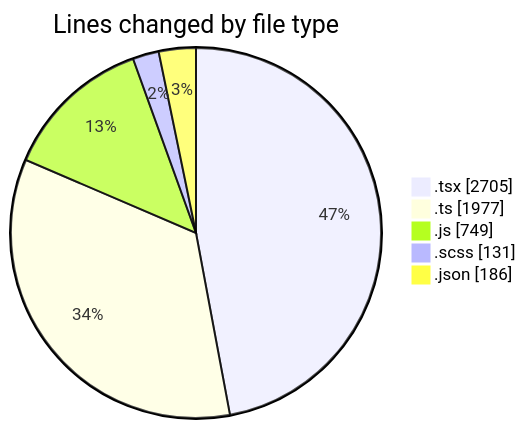
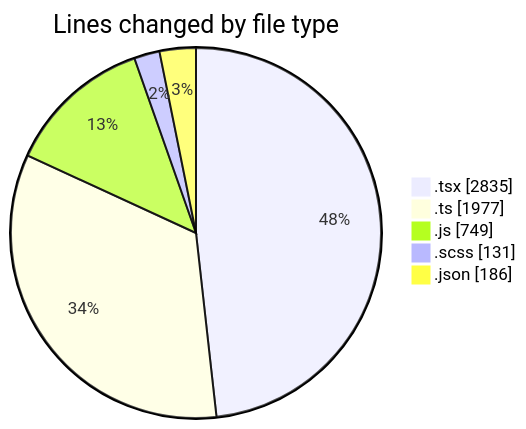
Before and after one commit to momahboobian/code-tracking: the first of 2 diagrams in 2026-06-11/cda/README.md, drawn with Mermaid. The commit also changed other lines of this file and 1 other file, not shown here.

````diff
--- a/2026-06-11/cda/README.md
+++ b/2026-06-11/cda/README.md
@@ -54,9 +55,9 @@
 ```mermaid
 pie showData
 title Lines changed by file type
-".tsx" : 2705
+".tsx" : 2835
 ".ts" : 1977
 ".js" : 749
 ".scss" : 131
 ".json" : 186
 ```
````
